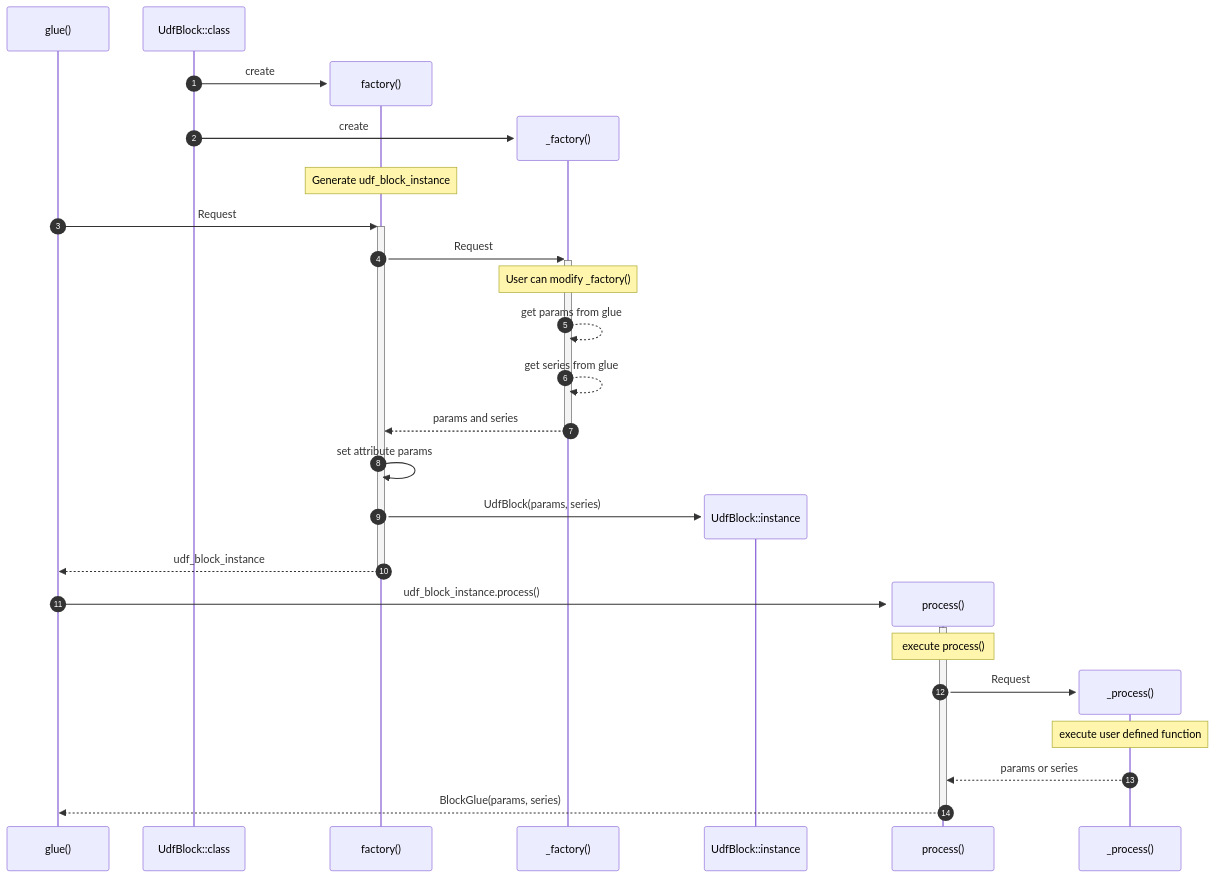
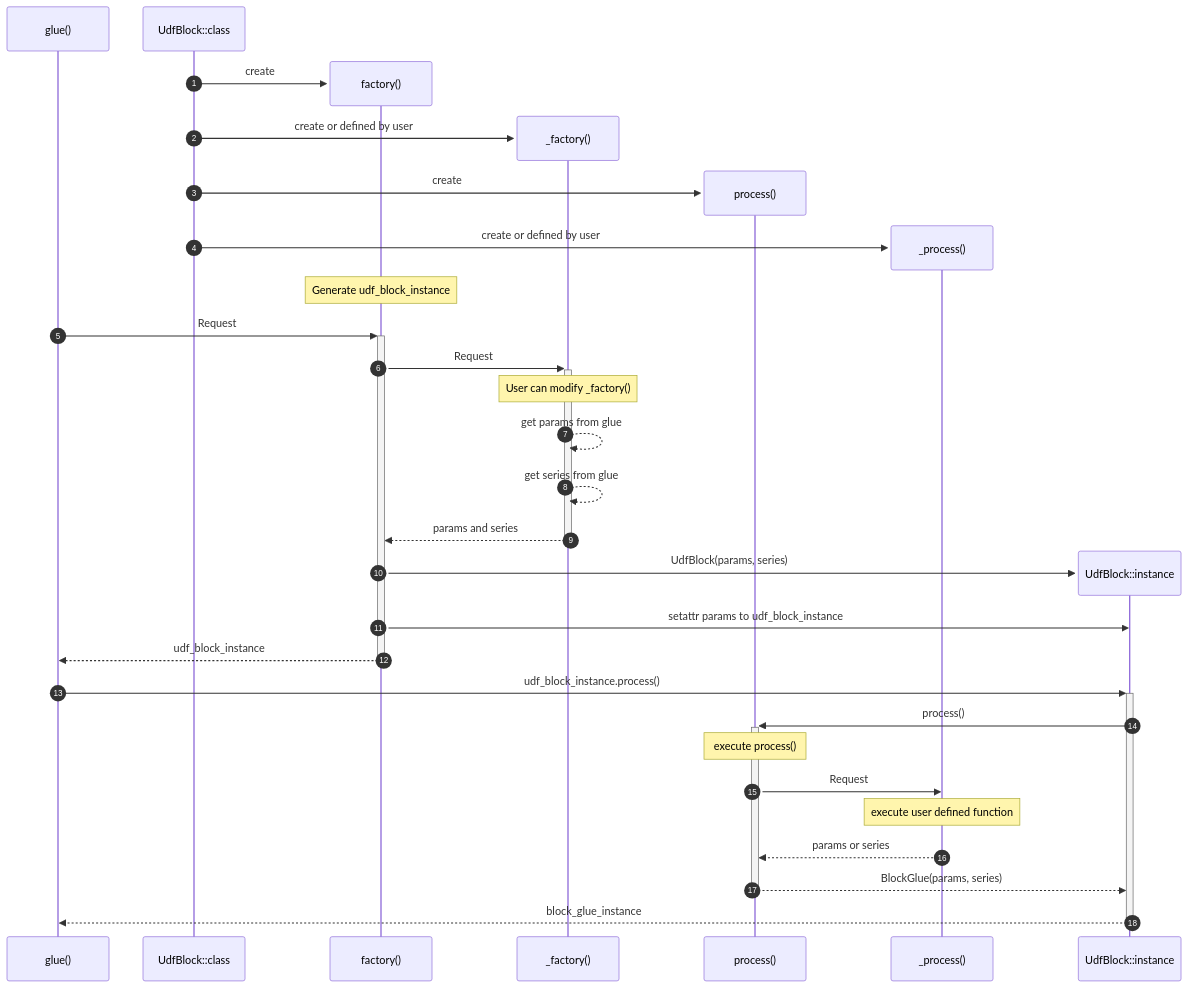
One commit to gsy0911/kabutobashi changed the diagram in README.md. Above: the diagram before and after it, drawn with Mermaid.

Commit message:
#208 modify diagram

````diff
--- a/README.md
+++ b/README.md
@@ -95,29 +95,33 @@
 ```mermaid
 sequenceDiagram
   autonumber
   participant G as glue()
   participant UC as UdfBlock::class
   create participant S1 as factory()
   UC->>S1: create
   create participant S2 as _factory()
-  UC->>S2: create
+  UC->>S2: create or defined by user
+  create participant P1 as process()
+  UC->>P1: create
+  create participant P2 as _process()
+  UC->>P2: create or defined by user
   Note over S1: Generate udf_block_instance
   G->>+S1: Request
   S1->>+S2: Request
   Note over S2: User can modify _factory()
   S2-->>S2: get params from glue
   S2-->>S2: get series from glue
   S2-->>-S1: params and series
-  S1->>S1: set attribute params
   create participant UI as UdfBlock::instance
   S1->>UI: UdfBlock(params, series)
+  S1->>UI: setattr params to udf_block_instance
   S1-->>-G: udf_block_instance
-  create participant P1 as process()
-  G->>+P1: udf_block_instance.process()
+  G->>+UI: udf_block_instance.process()
+  UI->>+P1: process()
   Note over P1: execute process()
-  create participant P2 as _process()
   P1->>P2: Request
   Note over P2: execute user defined function
   P2-->>P1: params or series
-  P1-->>-G: BlockGlue(params, series)
+  P1-->>-UI: BlockGlue(params, series)
+  UI-->>-G: block_glue_instance
 ```
````
